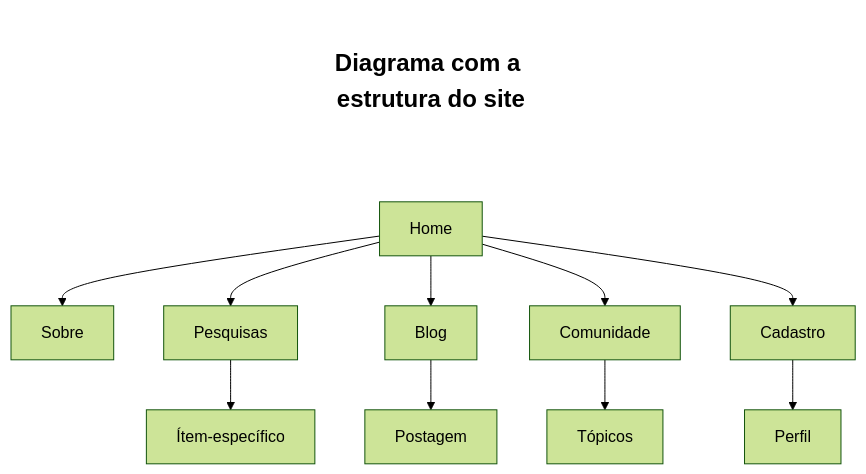
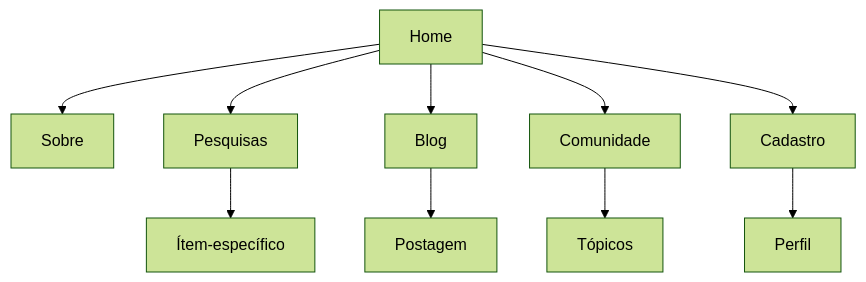
One commit to Alaercio2000/vegan_solutions changed the diagram in README.md. Above: the diagram before and after it, drawn with Mermaid (forest theme).

Commit message:
Atualizando o Diagrama Readme.md
Tentando relsover o problema de não está aparecendo o diagrama

````diff
--- a/README.md
+++ b/README.md
@@ -95,17 +95,12 @@
 ```mermaid
 graph TD;
-	title[<h2>Diagrama com a estrutura do site]
-	title-->Home
-	style title fill:#FFF,stroke:#FFF
-	linkStyle 0 stroke:#FFF,stroke-width:0;
     Home-->Sobre;
     Home-->Pesquisas;
     Home-->Blog;
     Home-->Comunidade;
     Home-->Cadastro;
     Pesquisas-->Ítem-específico;
     Blog-->Postagem;
     Comunidade-->Tópicos;
     Cadastro-->Perfil;
-    
 ```
````
